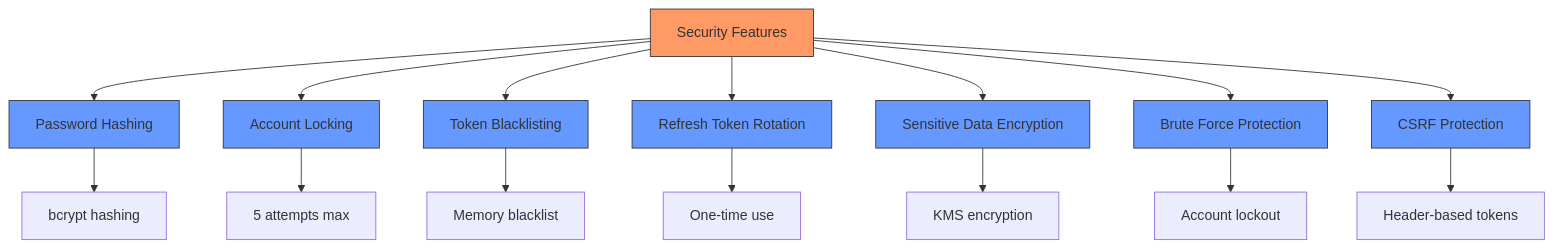
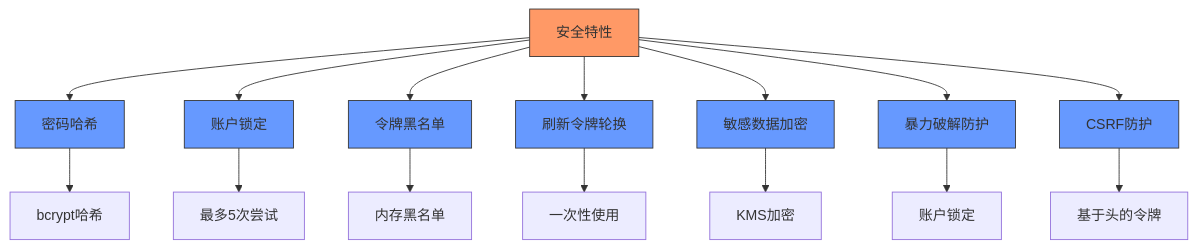
The fifth of 5 diagrams in .qoder/repowiki/zh/content/API Reference/Authentication API/Authentication API.md (26huitailang/kratos-boilerplate), drawn with Mermaid before and after one commit. The commit also changed other lines of this file and 31 other files, not shown here.

````diff
--- a/.qoder/repowiki/zh/content/API Reference/Authentication API/Authentication API.md
+++ b/.qoder/repowiki/zh/content/API Reference/Authentication API/Authentication API.md
@@ -480,25 +480,25 @@
 ```mermaid
 graph TB
-A[Security Features] --> B[Password Hashing]
-A --> C[Account Locking]
-A --> D[Token Blacklisting]
-A --> E[Refresh Token Rotation]
-A --> F[Sensitive Data Encryption]
-A --> G[Brute Force Protection]
-A --> H[CSRF Protection]
-B --> I[bcrypt hashing]
-C --> J[5 attempts max]
-D --> K[Memory blacklist]
-E --> L[One-time use]
-F --> M[KMS encryption]
-G --> N[Account lockout]
-H --> O[Header-based tokens]
+A[安全特性] --> B[密码哈希]
+A --> C[账户锁定]
+A --> D[令牌黑名单]
+A --> E[刷新令牌轮换]
+A --> F[敏感数据加密]
+A --> G[暴力破解防护]
+A --> H[CSRF防护]
+B --> I[bcrypt哈希]
+C --> J[最多5次尝试]
+D --> K[内存黑名单]
+E --> L[一次性使用]
+F --> M[KMS加密]
+G --> N[账户锁定]
+H --> O[基于头的令牌]
 style A fill:#f96,stroke:#333
 style B fill:#69f,stroke:#333
 style C fill:#69f,stroke:#333
 style D fill:#69f,stroke:#333
 style E fill:#69f,stroke:#333
 style F fill:#69f,stroke:#333
 style G fill:#69f,stroke:#333
 style H fill:#69f,stroke:#333
 ```
````
